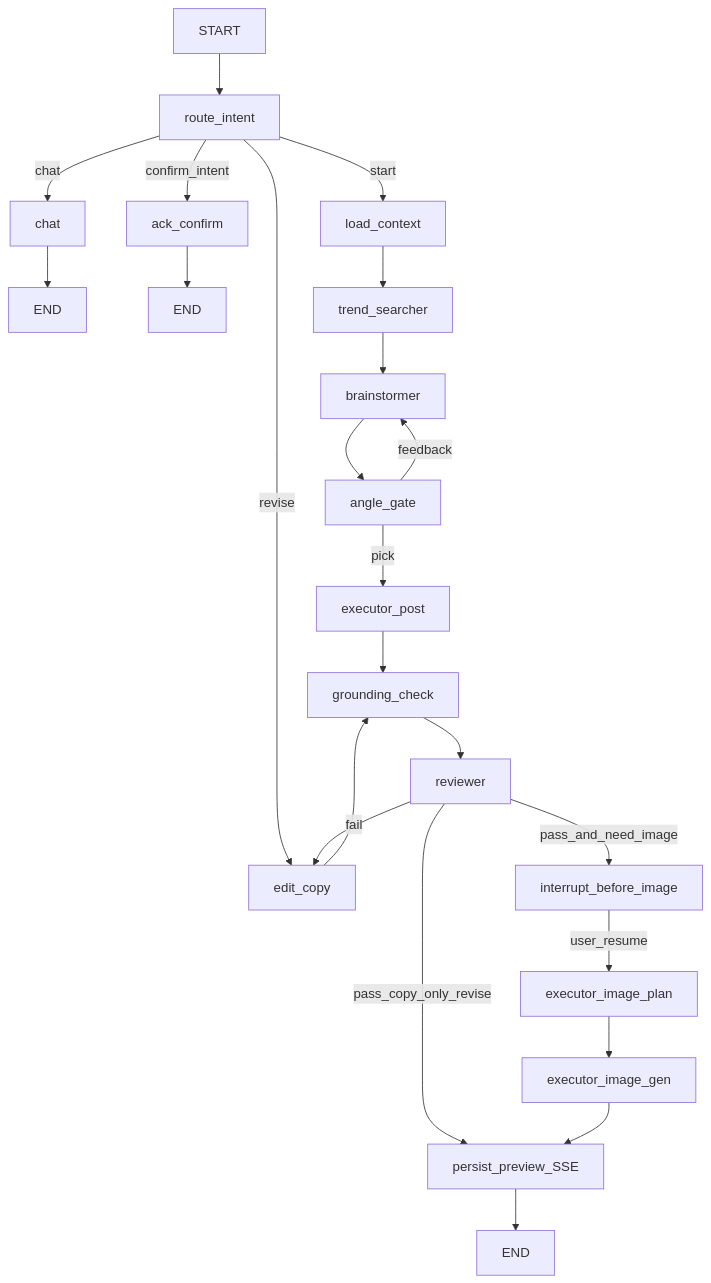
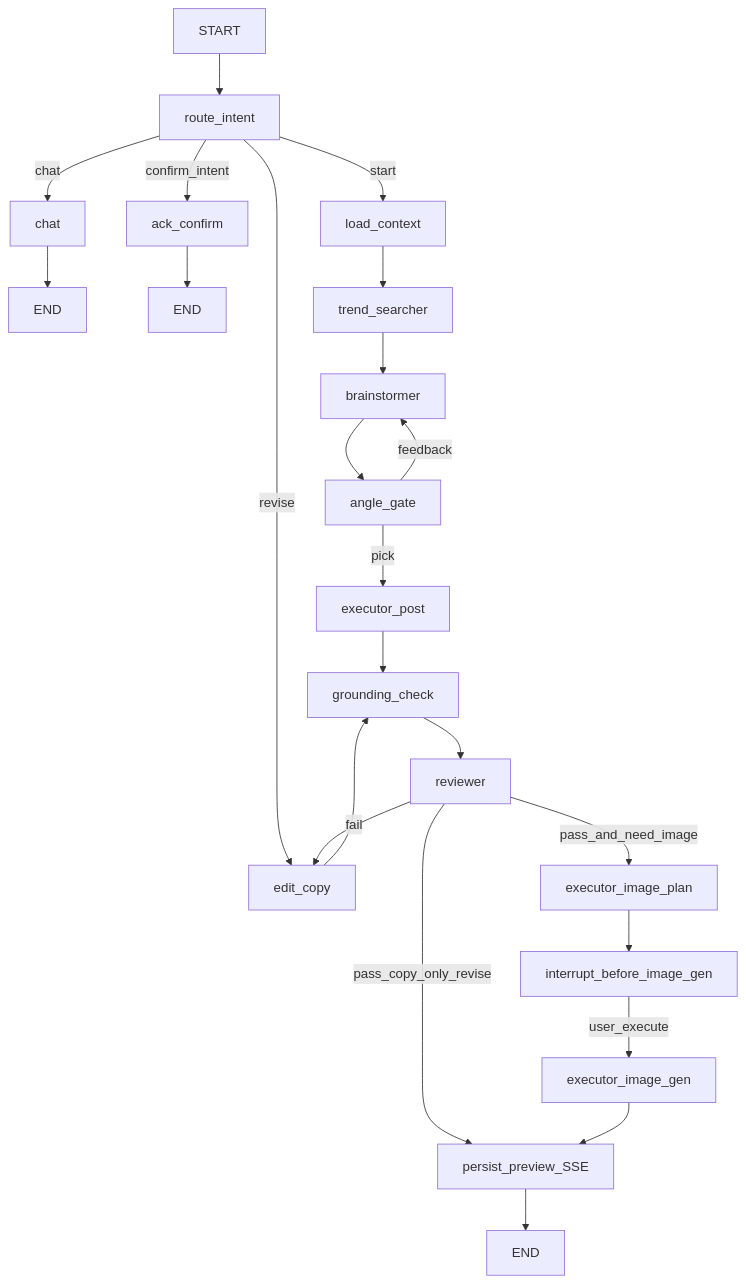
Before and after one commit to brandon-wsc/unhinted-marketing: the diagram in docs/ROADMAP.md, drawn with Mermaid. The commit also changed other lines of this file and 36 other files, not shown here.

````diff
--- a/docs/ROADMAP.md
+++ b/docs/ROADMAP.md
@@ -195,20 +197,20 @@
 ```mermaid
 flowchart TD
   startNode[START] --> route_intent
   route_intent -->|chat| chat
   route_intent -->|start| load_context
   route_intent -->|revise| edit_copy
   route_intent -->|confirm_intent| ack_confirm
   chat --> endChat[END]
   ack_confirm --> endAck[END]
   load_context --> trend_searcher --> brainstormer --> angleGate[angle_gate]
   angleGate -->|pick| executor_post
   angleGate -->|feedback| brainstormer
   executor_post --> grounding_check --> reviewer
   reviewer -->|fail| edit_copy
-  reviewer -->|pass_and_need_image| interruptWait[interrupt_before_image]
+  reviewer -->|pass_and_need_image| executor_image_plan --> interruptWait[interrupt_before_image_gen]
   reviewer -->|pass_copy_only_revise| persistPreview[persist_preview_SSE]
-  interruptWait -->|user_resume| executor_image_plan --> executor_image_gen --> persistPreview
+  interruptWait -->|user_execute| executor_image_gen --> persistPreview
   edit_copy --> grounding_check
   persistPreview --> endPreview[END]
 ```
````
